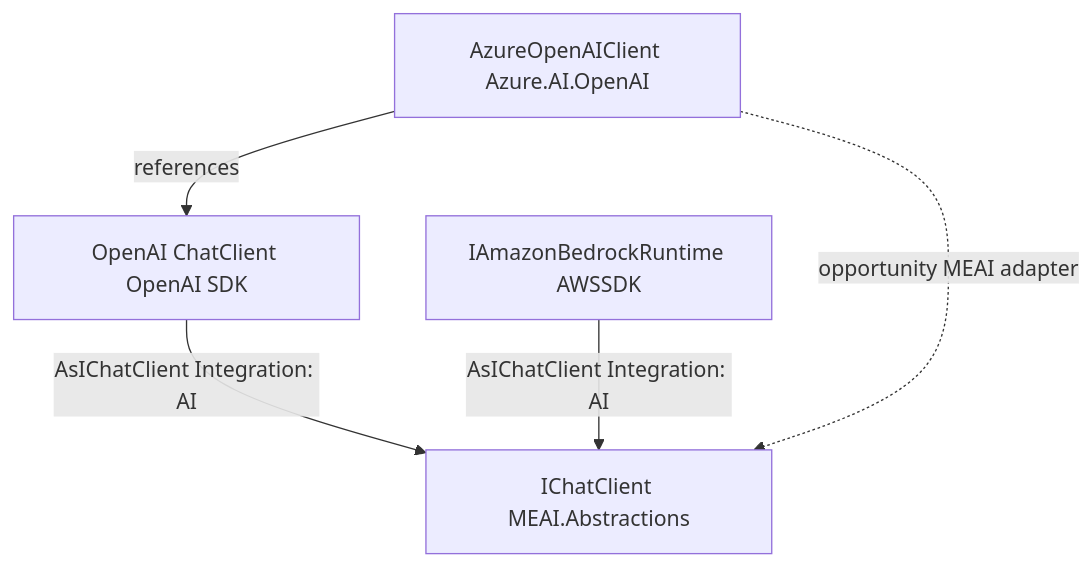
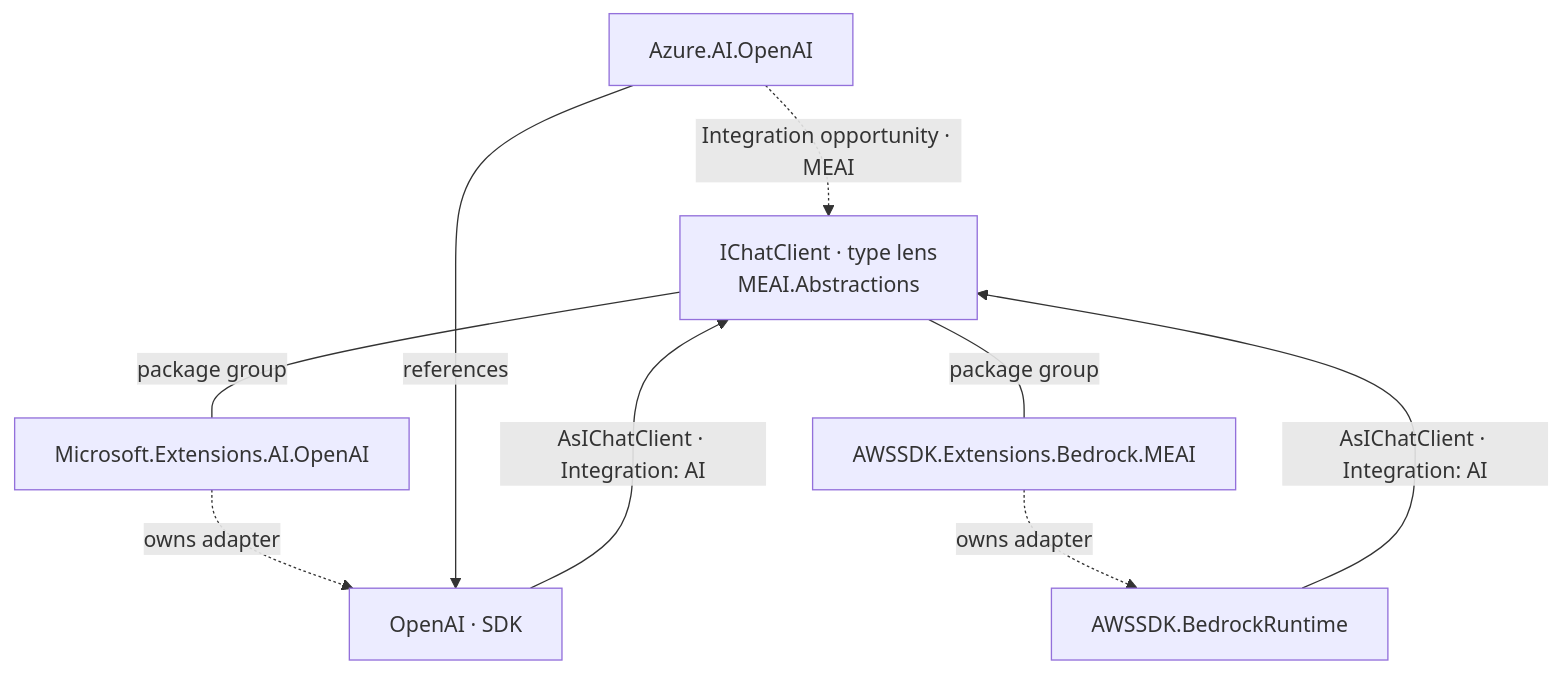
One commit to richlander/dotnet-inspect changed the diagram in docs/workflows/discovery/aspire-ai-package-graph.md. Above: the diagram before and after it, drawn with Mermaid. The commit also changed other lines of this file, not shown here.

First line of the commit message:
Lock single demo: IChatClient type↔package dual lens.

````diff
--- a/docs/workflows/discovery/aspire-ai-package-graph.md
+++ b/docs/workflows/discovery/aspire-ai-package-graph.md
@@ -180,11 +53,17 @@
 ```mermaid
 flowchart TB
-  ichat["IChatClient MEAI.Abstractions"]
-  oai["OpenAI ChatClient OpenAI SDK"]
-  az["AzureOpenAIClient Azure.AI.OpenAI"]
-  br["IAmazonBedrockRuntime AWSSDK"]
-  oai -->|AsIChatClient Integration: AI| ichat
-  br -->|AsIChatClient Integration: AI| ichat
-  az -.->|opportunity MEAI adapter| ichat
-  az -->|references| oai
+  T["IChatClient · type lens<br/>MEAI.Abstractions"]
+  P_oai["Microsoft.Extensions.AI.OpenAI"]
+  P_br["AWSSDK.Extensions.Bedrock.MEAI"]
+  P_az["Azure.AI.OpenAI"]
+  S_oai["OpenAI · SDK"]
+  S_br["AWSSDK.BedrockRuntime"]
+  T ---|package group| P_oai
+  T ---|package group| P_br
+  S_oai -->|AsIChatClient · Integration: AI| T
+  S_br -->|AsIChatClient · Integration: AI| T
+  P_oai -.->|owns adapter| S_oai
+  P_br -.->|owns adapter| S_br
+  P_az -->|references| S_oai
+  P_az -.->|Integration opportunity · MEAI| T
 ```
````
